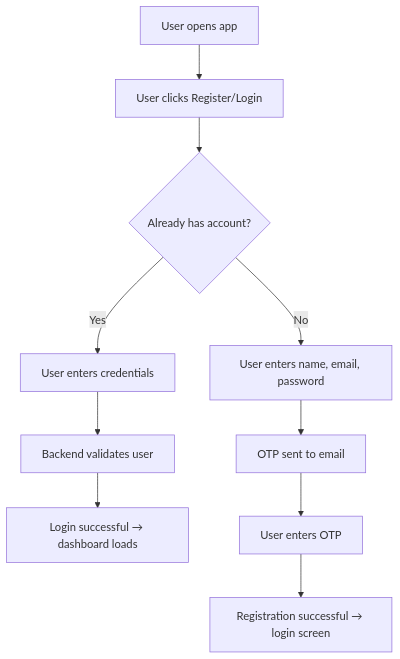
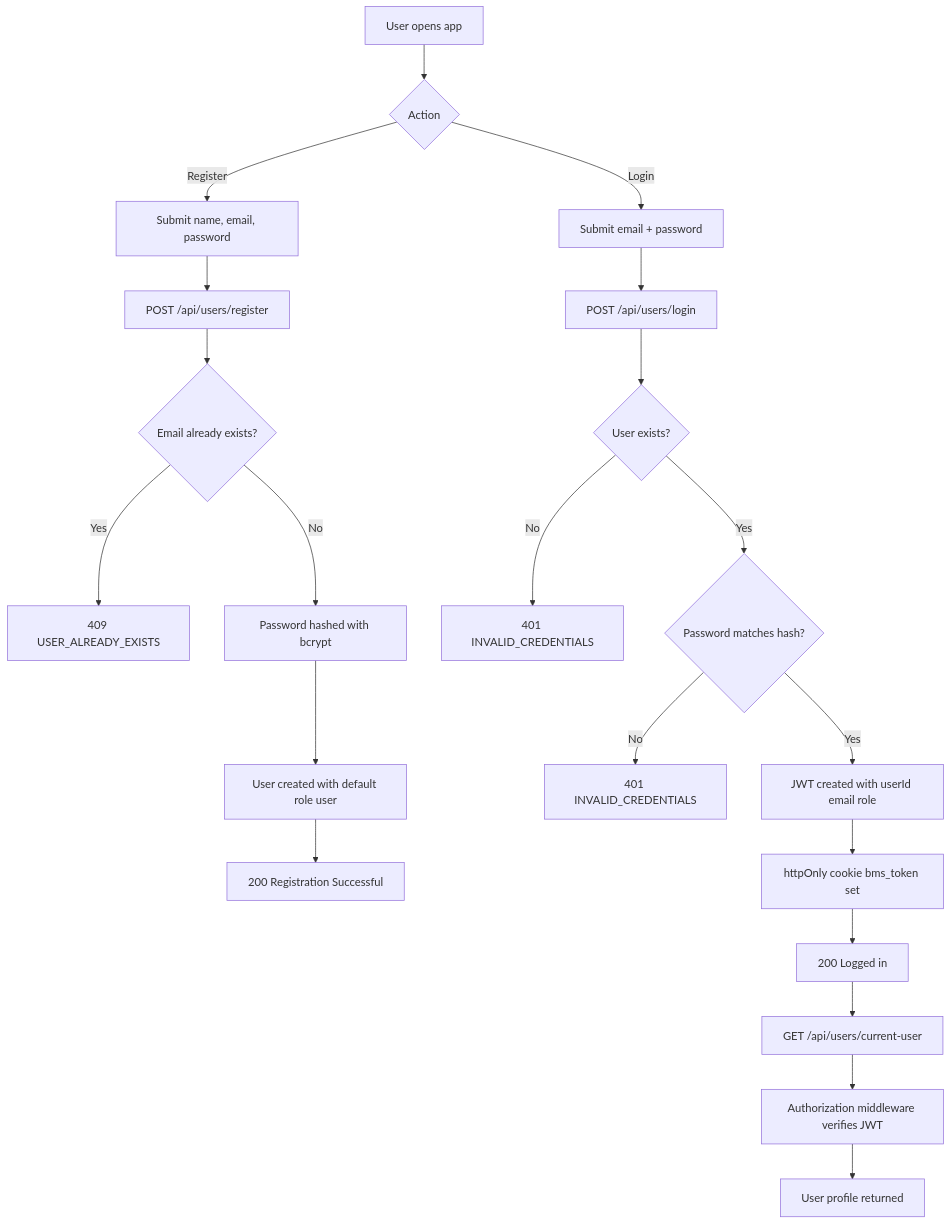
Before and after one commit to sanket-os/fullstack-capstone-project: the diagram in Server/Docs/Flows/UserRegistrationAndLogin.md, drawn with Mermaid. The commit also changed other lines of this file and 14 other files, not shown here.

Commit message:
backend check & flow diagrams

````diff
--- a/Server/Docs/Flows/UserRegistrationAndLogin.md
+++ b/Server/Docs/Flows/UserRegistrationAndLogin.md
@@ -1,12 +3,26 @@
 ```mermaid
 flowchart TD
-  A[User opens app] --> B[User clicks Register/Login]
-  B --> C{Already has account?}
-  C -- Yes --> D[User enters credentials]
-  D --> E[Backend validates user]
-  E --> F[Login successful → dashboard loads]
-  C -- No --> G[User enters name, email, password]
-  G --> H[OTP sent to email]
-  H --> I[User enters OTP]
-  I --> J[Registration successful → login screen]
+
+  A[User opens app] --> B{Action}
+  B -->|Register| C[Submit name, email, password]
+  C --> D[POST /api/users/register]
+  D --> E{Email already exists?}
+  E -->|Yes| F[409 USER_ALREADY_EXISTS]
+  E -->|No| G[Password hashed with bcrypt]
+  G --> H[User created with default role user]
+  H --> I[200 Registration Successful]
+
+  B -->|Login| J[Submit email + password]
+  J --> K[POST /api/users/login]
+  K --> L{User exists?}
+  L -->|No| M[401 INVALID_CREDENTIALS]
+  L -->|Yes| N{Password matches hash?}
+  N -->|No| O[401 INVALID_CREDENTIALS]
+  N -->|Yes| P[JWT created with userId email role]
+  P --> Q[httpOnly cookie bms_token set]
+  Q --> R[200 Logged in]
+
+  R --> S[GET /api/users/current-user]
+  S --> T[Authorization middleware verifies JWT]
+  T --> U[User profile returned]
 ```
````
